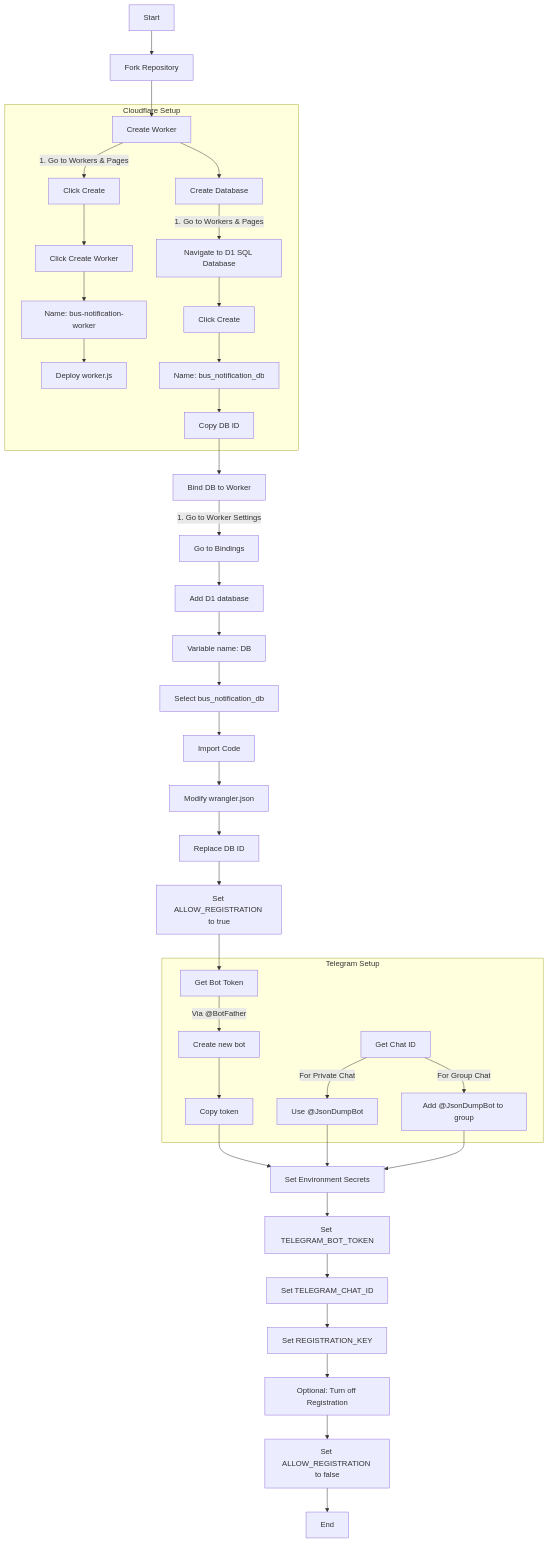
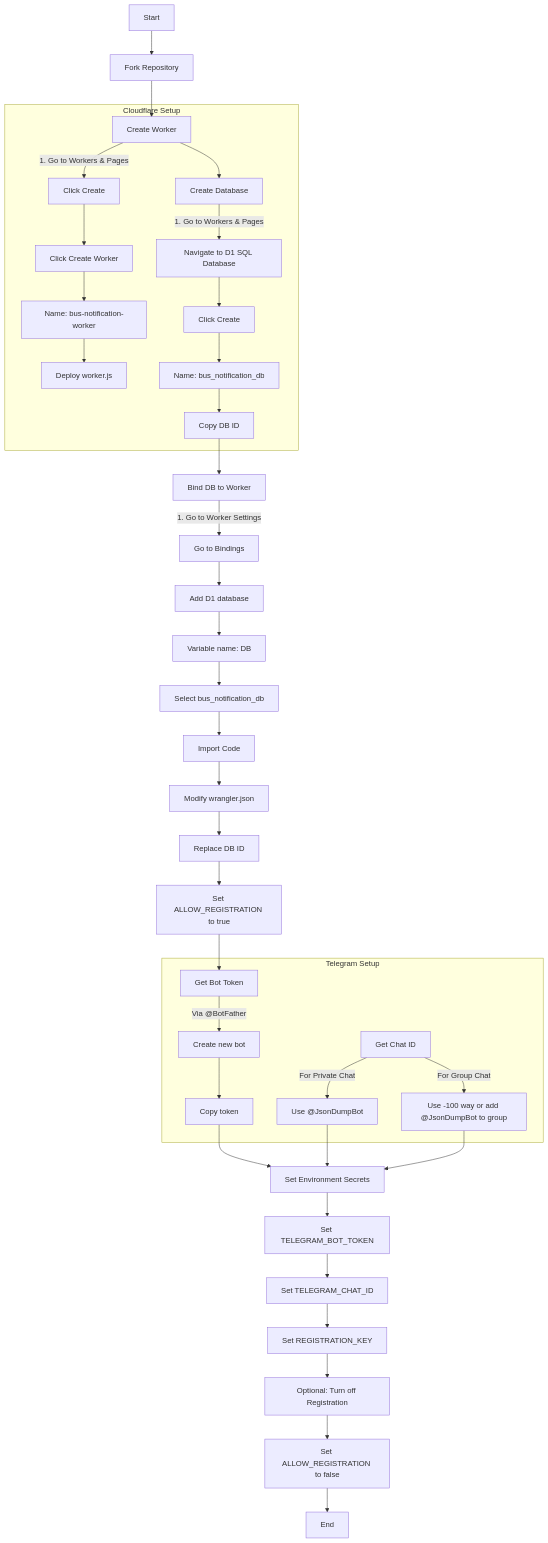
One commit to EricHsia7/bus-notification-worker changed the diagram in README.md. Above: the diagram before and after it, drawn with Mermaid.

````diff
--- a/README.md
+++ b/README.md
@@ -156,53 +156,53 @@
 ```mermaid
 flowchart TD
     A["Start"] --> B["Fork Repository"]
     B --> C["Create Worker"]
     C --> D["Create Database"]
     
     subgraph "Cloudflare Setup"
         C --> |"1. Go to Workers & Pages"| C1["Click Create"]
         C1 --> C2["Click Create Worker"]
         C2 --> C3["Name: bus-notification-worker"]
         C3 --> C4["Deploy worker.js"]
         
         D --> |"1. Go to Workers & Pages"| D1["Navigate to D1 SQL Database"]
         D1 --> D2["Click Create"]
         D2 --> D3["Name: bus_notification_db"]
         D3 --> D4["Copy DB ID"]
     end
     
     D4 --> E["Bind DB to Worker"]
     E --> |"1. Go to Worker Settings"| E1["Go to Bindings"]
     E1 --> E2["Add D1 database"]
     E2 --> E3["Variable name: DB"]
     E3 --> E4["Select bus_notification_db"]
     
     E4 --> F["Import Code"]
     F --> G["Modify wrangler.json"]
     G --> G1["Replace DB ID"]
     G1 --> G2["Set ALLOW_REGISTRATION to true"]
     
     subgraph "Telegram Setup"
         H["Get Bot Token"]
         I["Get Chat ID"]
         
         H --> |"Via @BotFather"| H1["Create new bot"]
         H1 --> H2["Copy token"]
         
         I --> |"For Private Chat"| I1["Use @JsonDumpBot"]
-        I --> |"For Group Chat"| I2["Add @JsonDumpBot to group"]
+        I --> |"For Group Chat"| I2["Use -100 way or add @JsonDumpBot to group"]
     end
     
     G2 --> H
     H2 --> J["Set Environment Secrets"]
     I1 --> J
     I2 --> J
     
     J --> J1["Set TELEGRAM_BOT_TOKEN"]
     J1 --> J2["Set TELEGRAM_CHAT_ID"]
     J2 --> J3["Set REGISTRATION_KEY"]
     
     J3 --> K["Optional: Turn off Registration"]
     K --> K1["Set ALLOW_REGISTRATION to false"]
     K1 --> L["End"]
 ```
````
